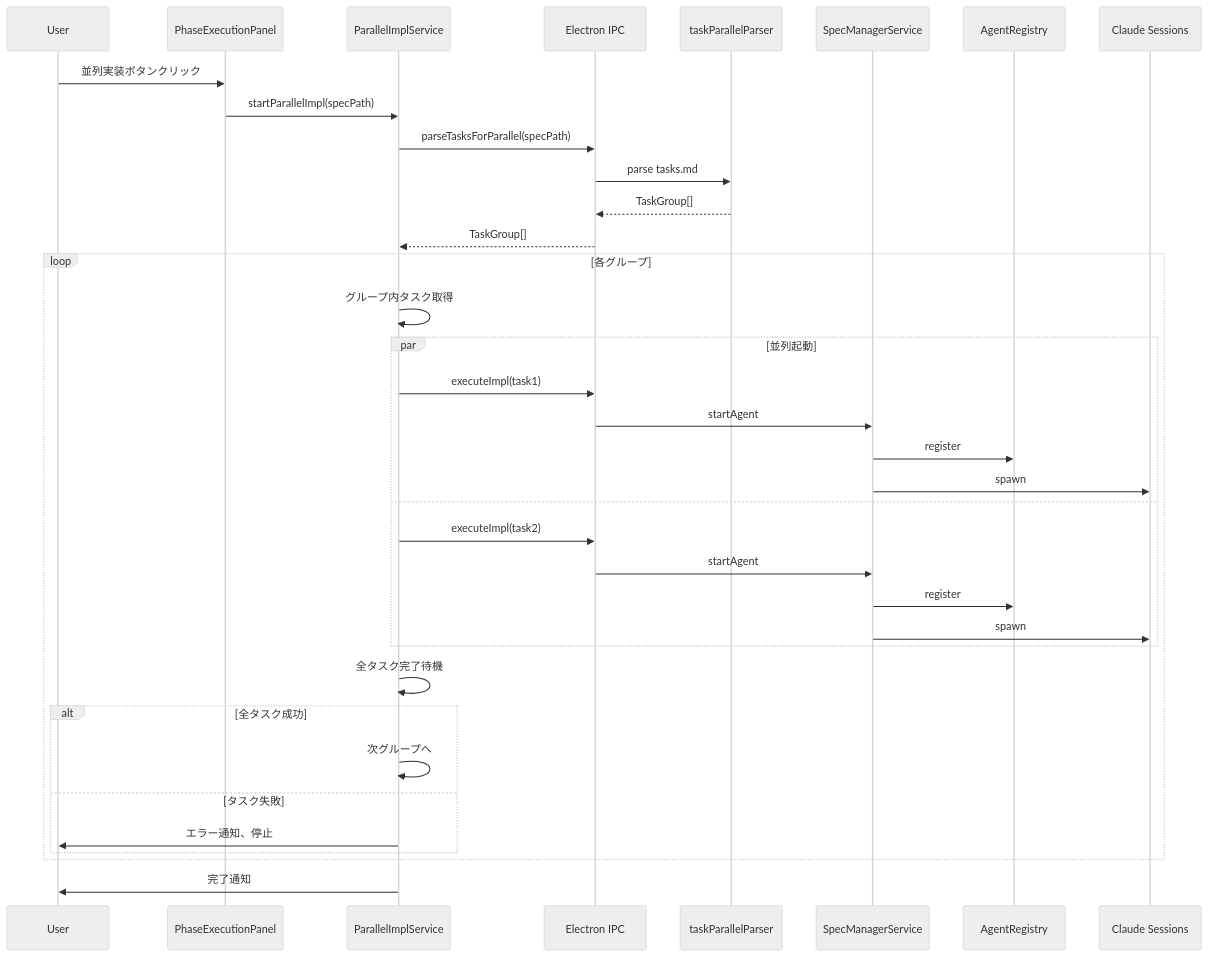
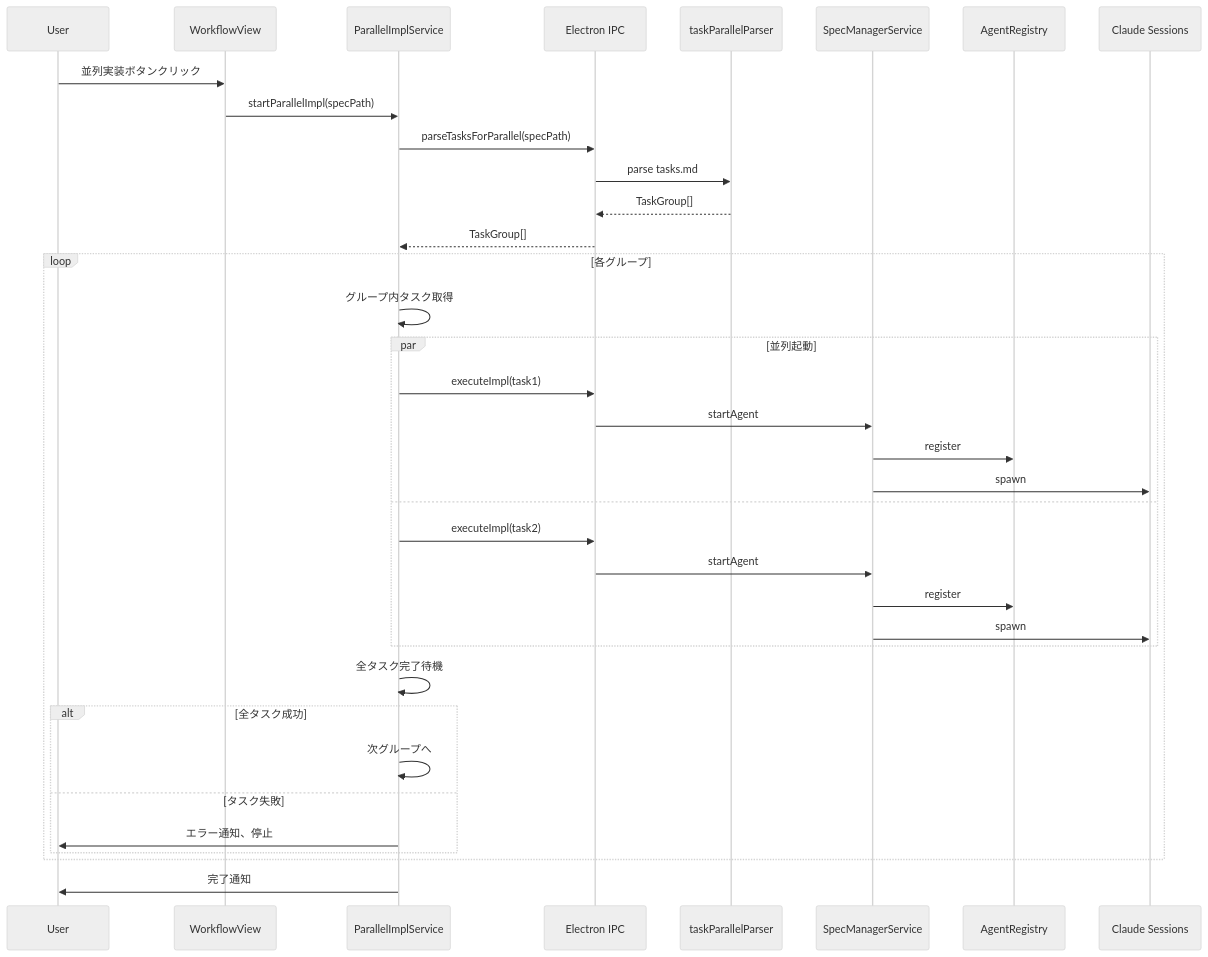
The second of 3 diagrams in .kiro/specs/parallel-task-impl/design.md (hummer98/sdd-orchestrator), drawn with Mermaid (neutral theme) before and after one commit. The commit also changed other lines of this file and 4 other files, not shown here.

````diff
--- a/.kiro/specs/parallel-task-impl/design.md
+++ b/.kiro/specs/parallel-task-impl/design.md
@@ -87,44 +89,44 @@
 ```mermaid
 sequenceDiagram
     participant User
-    participant PhasePanel as PhaseExecutionPanel
+    participant WorkflowView as WorkflowView
     participant ParallelSvc as ParallelImplService
     participant IPC as Electron IPC
     participant Parser as taskParallelParser
     participant SpecMgr as SpecManagerService
     participant Registry as AgentRegistry
     participant Claude as Claude Sessions
 
-    User->>PhasePanel: 並列実装ボタンクリック
-    PhasePanel->>ParallelSvc: startParallelImpl(specPath)
+    User->>WorkflowView: 並列実装ボタンクリック
+    WorkflowView->>ParallelSvc: startParallelImpl(specPath)
     ParallelSvc->>IPC: parseTasksForParallel(specPath)
     IPC->>Parser: parse tasks.md
     Parser-->>IPC: TaskGroup[]
     IPC-->>ParallelSvc: TaskGroup[]
 
     loop 各グループ
         ParallelSvc->>ParallelSvc: グループ内タスク取得
 
         par 並列起動
             ParallelSvc->>IPC: executeImpl(task1)
             IPC->>SpecMgr: startAgent
             SpecMgr->>Registry: register
             SpecMgr->>Claude: spawn
         and
             ParallelSvc->>IPC: executeImpl(task2)
             IPC->>SpecMgr: startAgent
             SpecMgr->>Registry: register
             SpecMgr->>Claude: spawn
         end
 
         ParallelSvc->>ParallelSvc: 全タスク完了待機
 
         alt 全タスク成功
             ParallelSvc->>ParallelSvc: 次グループへ
         else タスク失敗
             ParallelSvc->>User: エラー通知、停止
         end
     end
 
     ParallelSvc->>User: 完了通知
 ```
````
